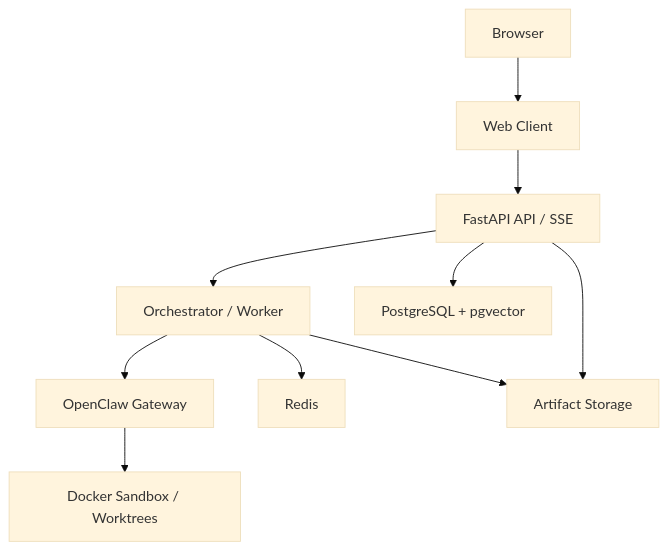
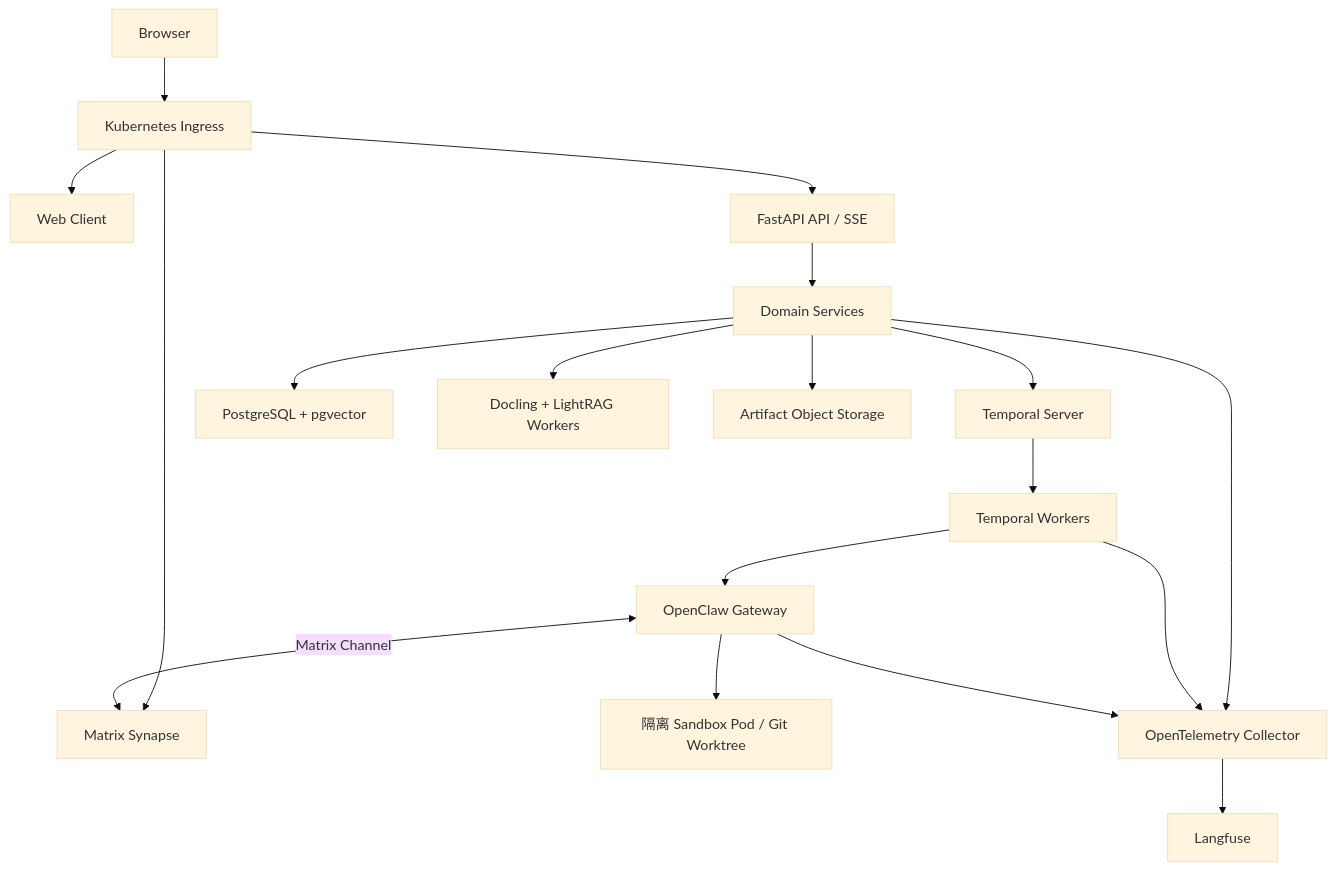
One commit to Logayan/agent-arena changed diagram 28 of 28 in docs/04-design/detailed-design-v1.md. Above: the diagram before and after it, drawn with Mermaid (base theme). The commit also changed other lines of this file and 32 other files, not shown here.

````diff
--- a/docs/04-design/detailed-design-v1.md
+++ b/docs/04-design/detailed-design-v1.md
@@ -2226,12 +2849,20 @@
 ```mermaid
 flowchart TB
-    B["Browser"] --> WEB["Web Client"]
-    WEB --> API["FastAPI API / SSE"]
-    API --> WORKER["Orchestrator / Worker"]
-    WORKER --> OC["OpenClaw Gateway"]
-    OC --> SANDBOX["Docker Sandbox / Worktrees"]
-    API --> PG["PostgreSQL + pgvector"]
-    WORKER --> REDIS["Redis"]
-    API --> BLOB["Artifact Storage"]
-    WORKER --> BLOB
+    B["Browser"] --> ING["Kubernetes Ingress"]
+    ING --> WEB["Web Client"]
+    ING --> API["FastAPI API / SSE"]
+    ING --> MATRIX["Matrix Synapse"]
+    API --> DOMAIN["Domain Services"]
+    DOMAIN --> TEMPORAL["Temporal Server"]
+    TEMPORAL --> TWORKER["Temporal Workers"]
+    TWORKER --> OC["OpenClaw Gateway"]
+    OC --> SANDBOX["隔离 Sandbox Pod / Git Worktree"]
+    DOMAIN --> PG["PostgreSQL + pgvector"]
+    DOMAIN --> KB["Docling + LightRAG Workers"]
+    DOMAIN --> BLOB["Artifact Object Storage"]
+    OC <-->|"Matrix Channel"| MATRIX
+    DOMAIN --> OTEL["OpenTelemetry Collector"]
+    TWORKER --> OTEL
+    OC --> OTEL
+    OTEL --> LANGFUSE["Langfuse"]
 ```
````
